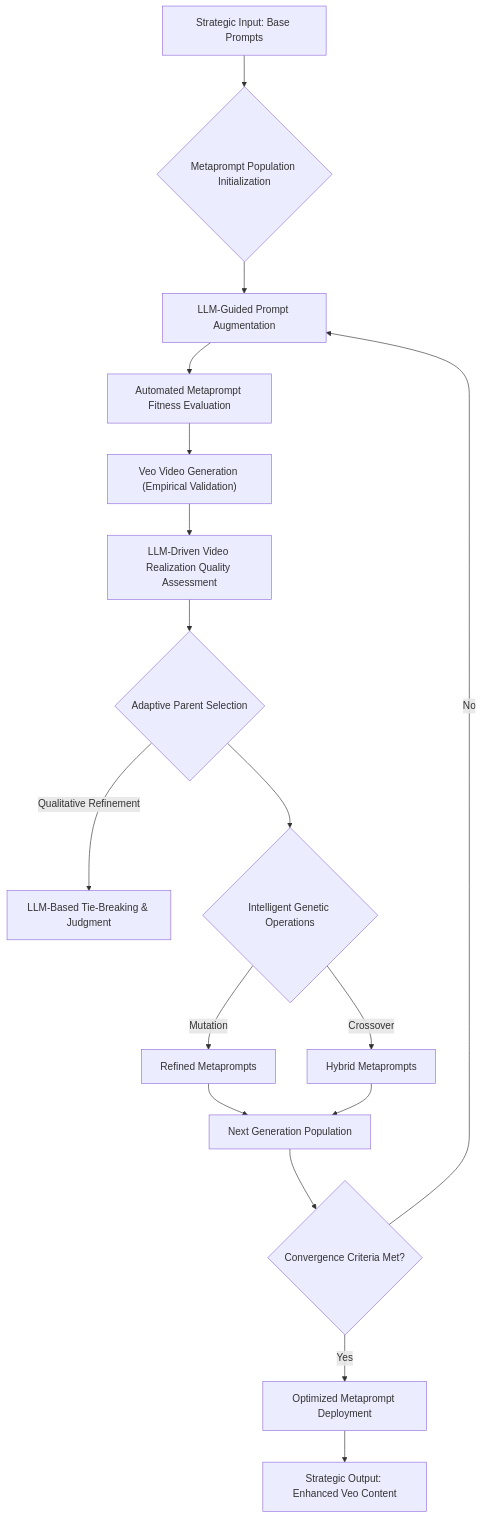
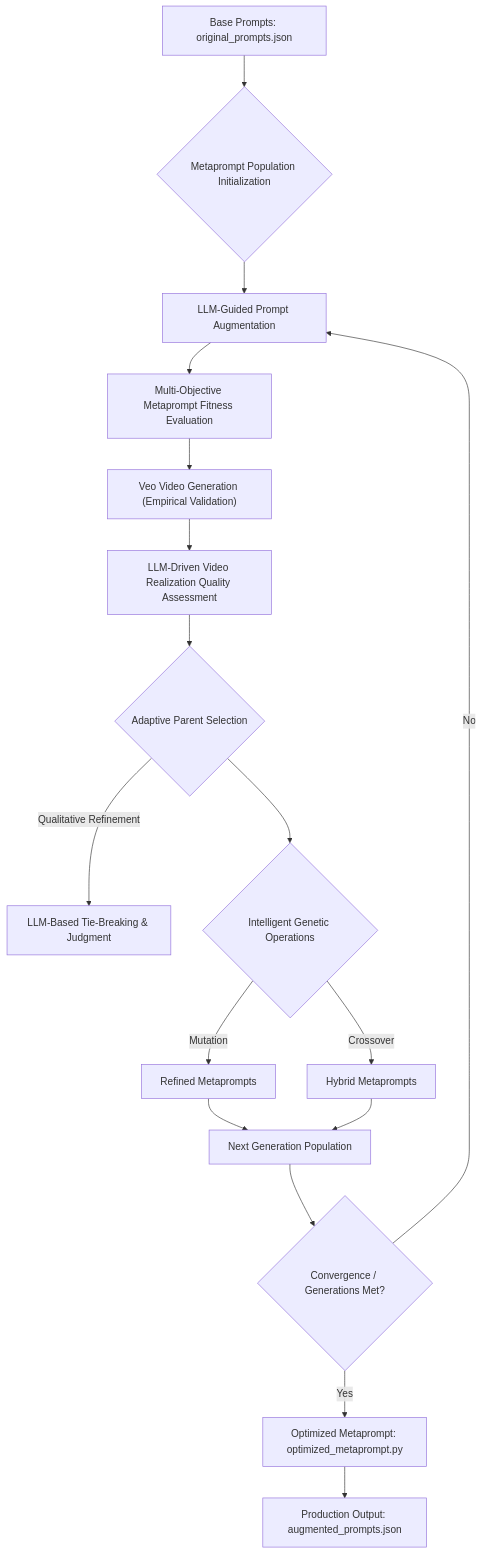
One commit to renovate-bot/GoogleCloudPlatform-_-vertex-ai-creative-studio changed the diagram in experiments/veo-genetic-prompt-optimizer/README.md. Above: the diagram before and after it, drawn with Mermaid. The commit also changed other lines of this file and 19 other files, not shown here.

````diff
--- a/experiments/veo-genetic-prompt-optimizer/README.md
+++ b/experiments/veo-genetic-prompt-optimizer/README.md
@@ -30,19 +155,19 @@
 ```mermaid
 graph TD
-    A[Strategic Input: Base Prompts] --> B{Metaprompt Population Initialization};
+    A[Base Prompts: original_prompts.json] --> B{Metaprompt Population Initialization};
     B --> C[LLM-Guided Prompt Augmentation];
-    C --> D[Automated Metaprompt Fitness Evaluation];
+    C --> D[Multi-Objective Metaprompt Fitness Evaluation];
     D --> E["Veo Video Generation (Empirical Validation)"];
     E --> F[LLM-Driven Video Realization Quality Assessment];
     F --> G{Adaptive Parent Selection};
     G -- Qualitative Refinement --> H["LLM-Based Tie-Breaking & Judgment"];
     G --> I{Intelligent Genetic Operations};
     I -- Mutation --> J[Refined Metaprompts];
     I -- Crossover --> K[Hybrid Metaprompts];
     J --> L[Next Generation Population];
     K --> L;
-    L --> M{Convergence Criteria Met?};
+    L --> M{Convergence / Generations Met?};
     M -- No --> C;
-    M -- Yes --> N[Optimized Metaprompt Deployment];
-    N --> O[Strategic Output: Enhanced Veo Content];
+    M -- Yes --> N[Optimized Metaprompt: optimized_metaprompt.py];
+    N --> O[Production Output: augmented_prompts.json];
 ```
````
